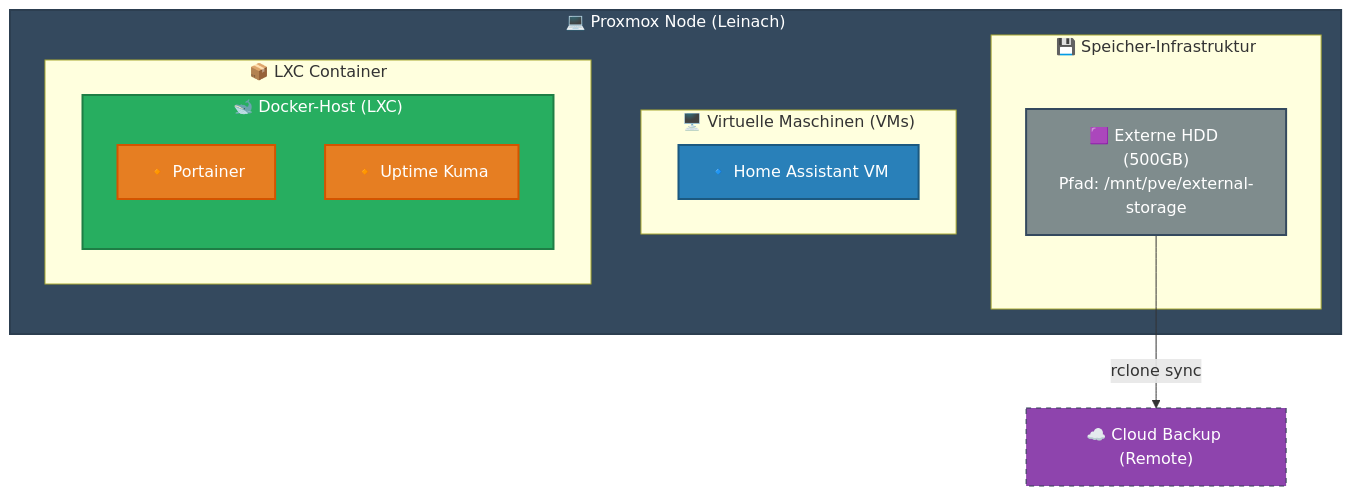
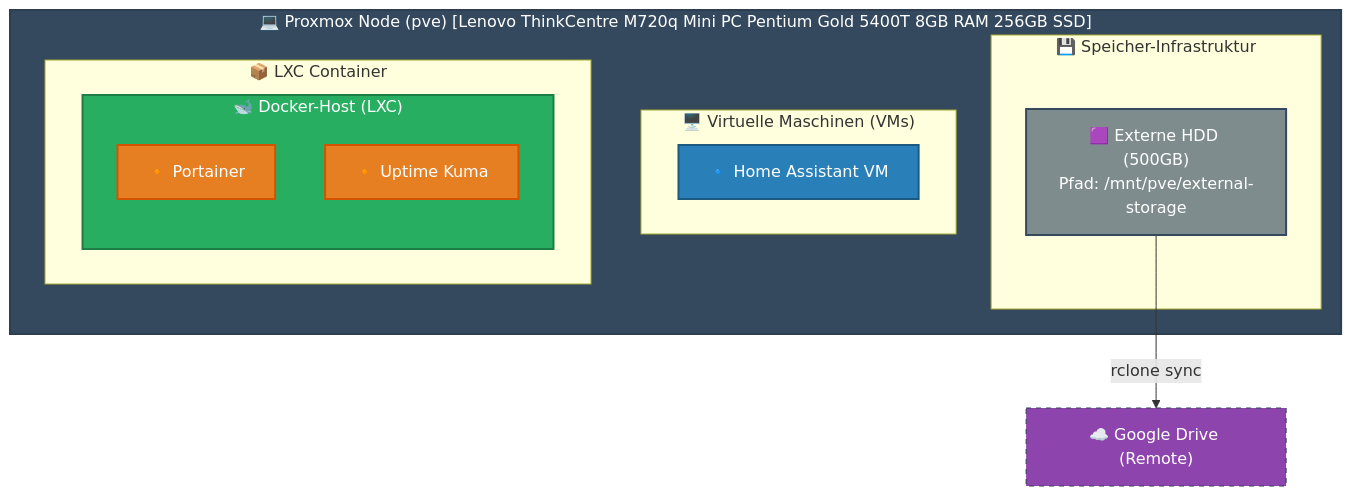
The fourth of 6 diagrams in README.md (mxpfister/homelab-architecture), drawn with Mermaid before and after one commit. The commit also changed other lines of this file, not shown here.

Commit message:
adds host details

````diff
--- a/README.md
+++ b/README.md
@@ -166,37 +166,37 @@
 ```mermaid
 graph TB
     %% Styling
     classDef pveNode fill:#34495e,stroke:#2c3e50,stroke-width:2px,color:#fff;
     classDef vmStyle fill:#2980b9,stroke:#1c5980,stroke-width:2px,color:#fff;
     classDef lxcStyle fill:#27ae60,stroke:#1e7e45,stroke-width:2px,color:#fff;
     classDef dockerStyle fill:#e67e22,stroke:#d35400,stroke-width:2px,color:#fff;
     classDef storageStyle fill:#7f8c8d,stroke:#34495e,stroke-width:2px,color:#fff;
     classDef extStyle fill:#8e44ad,stroke:#2c3e50,stroke-dasharray: 5 5,color:#fff;
 
-    subgraph PVE_LEI ["💻 Proxmox Node (Leinach)"]
+    subgraph PVE_LEI ["💻 Proxmox Node (pve) [Lenovo ThinkCentre M720q Mini PC Pentium Gold 5400T 8GB RAM 256GB SSD]"]
         
         subgraph Storage_LEI ["💾 Speicher-Infrastruktur"]
             HDD_LEI["🟪 Externe HDD (500GB)<br>Pfad: /mnt/pve/external-storage"]:::storageStyle
         end
 
         subgraph VMs_LEI ["🖥️ Virtuelle Maschinen (VMs)"]
             HA_LEI["🔹 Home Assistant VM"]:::vmStyle
         end
 
         subgraph LXCs_LEI ["📦 LXC Container"]
             subgraph DockerLXC_LEI ["🐋 Docker-Host (LXC)"]
                 Portainer_LEI["🔸 Portainer"]:::dockerStyle
                 Uptime_LEI["🔸 Uptime Kuma"]:::dockerStyle
             end
             class DockerLXC_LEI lxcStyle;
         end
     end
 
     %% Externe Verbindungen
-    GDrive_LEI["☁️ Cloud Backup (Remote)"]:::extStyle
+    GDrive_LEI["☁️ Google Drive (Remote)"]:::extStyle
     
     %% Datenpfade
     HDD_LEI -->|rclone sync| GDrive_LEI
     
     class PVE_LEI pveNode;
 ```
````
